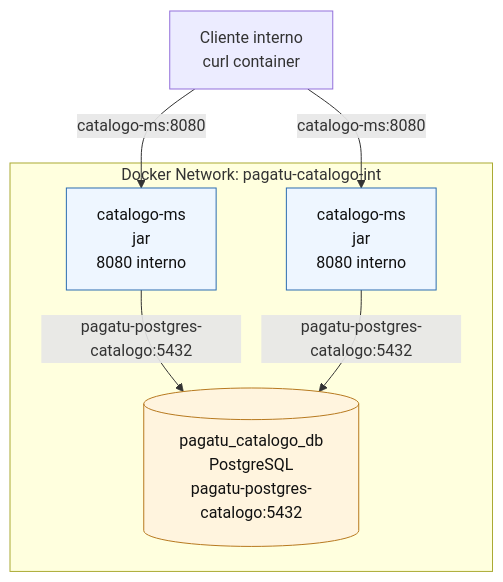
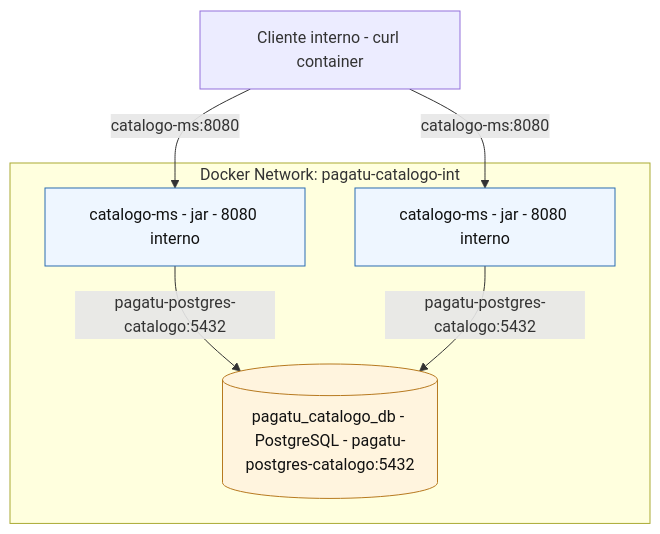
One commit to 262dist/pagatu changed the third of 3 diagrams in docs/sesiones/S01_Construccion_Servicio_Base.md. Above: the diagram before and after it, drawn with Mermaid. The commit also changed other lines of this file and 3 other files, not shown here.

````diff
--- a/docs/sesiones/S01_Construccion_Servicio_Base.md
+++ b/docs/sesiones/S01_Construccion_Servicio_Base.md
@@ -130,19 +130,19 @@
 ```mermaid
 flowchart TB
-    ProdClient["Cliente interno<br/>curl container"]
+    ProdClient["Cliente interno - curl container"]
     subgraph ProdDocker["Docker Network: pagatu-catalogo-int"]
-        ProdApp1["catalogo-ms<br/>jar<br/>8080 interno"]
-        ProdApp2["catalogo-ms<br/>jar<br/>8080 interno"]
-        ProdDb[("pagatu_catalogo_db<br/>PostgreSQL<br/>pagatu-postgres-catalogo:5432")]
+        ProdApp1["catalogo-ms - jar - 8080 interno"]
+        ProdApp2["catalogo-ms - jar - 8080 interno"]
+        ProdDb[("pagatu_catalogo_db - PostgreSQL - pagatu-postgres-catalogo:5432")]
     end
 
     ProdClient -->|"catalogo-ms:8080"| ProdApp1
     ProdClient -->|"catalogo-ms:8080"| ProdApp2
     ProdApp1 -->|"pagatu-postgres-catalogo:5432"| ProdDb
     ProdApp2 -->|"pagatu-postgres-catalogo:5432"| ProdDb
 
     classDef app fill:#eef6ff,stroke:#2b6cb0,color:#111;
     classDef db fill:#fff4de,stroke:#b7791f,color:#111;
     class ProdApp1,ProdApp2 app;
     class ProdDb db;
 ```
````
